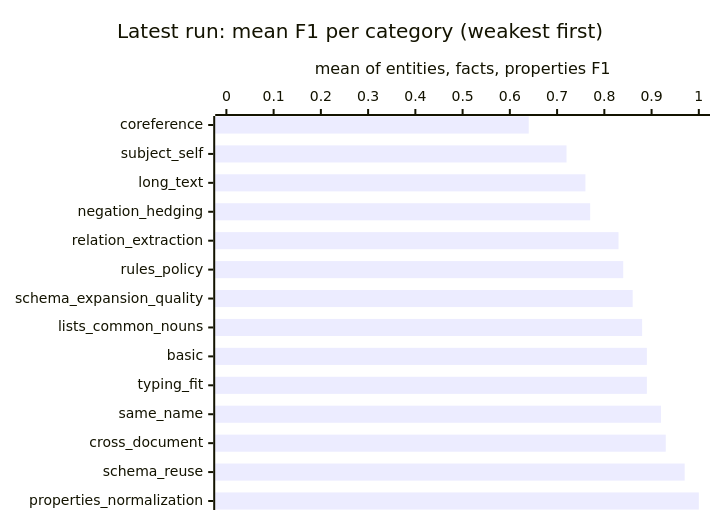
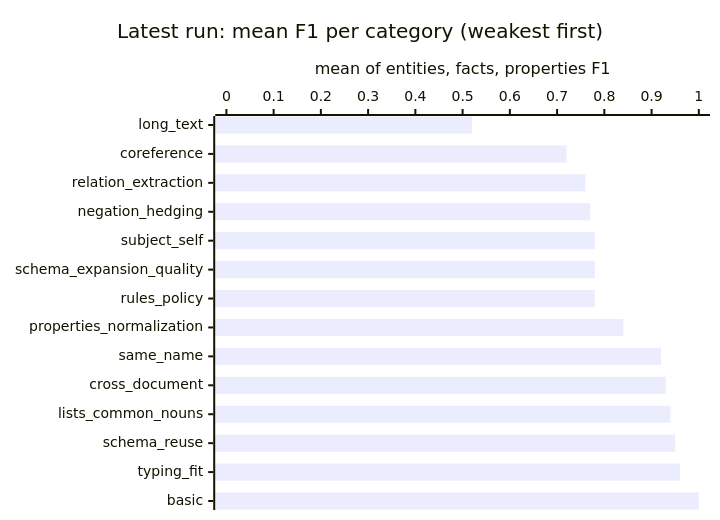
One commit to megagonlabs/blue-data-kb-source changed the second of 2 diagrams in lib/tests/benchmarks/extraction/results/README.md. Above: the diagram before and after it, drawn with Mermaid. The commit also changed other lines of this file and 3 other files, not shown here.

````diff
--- a/lib/tests/benchmarks/extraction/results/README.md
+++ b/lib/tests/benchmarks/extraction/results/README.md
@@ -39,7 +39,7 @@
 ```mermaid
 xychart-beta horizontal
     title "Latest run: mean F1 per category (weakest first)"
-    x-axis ["coreference", "subject_self", "long_text", "negation_hedging", "relation_extraction", "rules_policy", "schema_expansion_quality", "lists_common_nouns", "basic", "typing_fit", "same_name", "cross_document", "schema_reuse", "properties_normalization"]
+    x-axis ["long_text", "coreference", "relation_extraction", "negation_hedging", "subject_self", "schema_expansion_quality", "rules_policy", "properties_normalization", "same_name", "cross_document", "lists_common_nouns", "schema_reuse", "typing_fit", "basic"]
     y-axis "mean of entities, facts, properties F1" 0 --> 1
-    bar [0.64, 0.72, 0.76, 0.77, 0.83, 0.84, 0.86, 0.88, 0.89, 0.89, 0.92, 0.93, 0.97, 1.00]
+    bar [0.52, 0.72, 0.76, 0.77, 0.78, 0.78, 0.78, 0.84, 0.92, 0.93, 0.94, 0.95, 0.96, 1.00]
 ```
````
